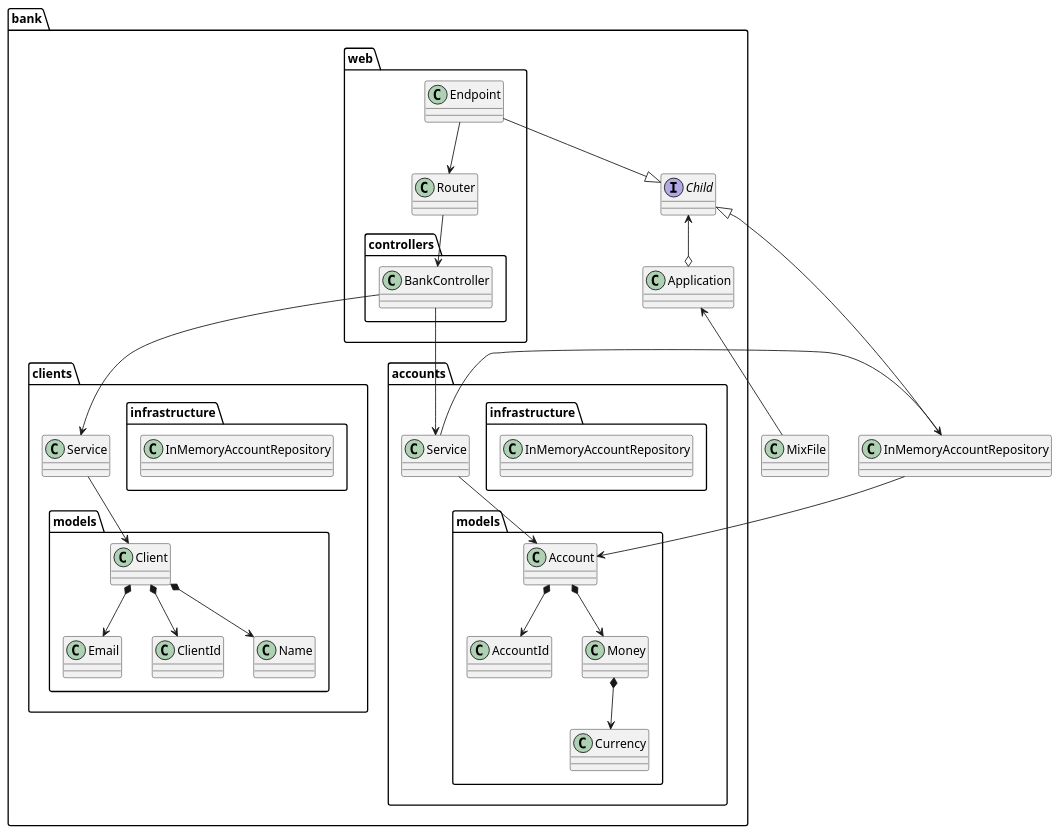
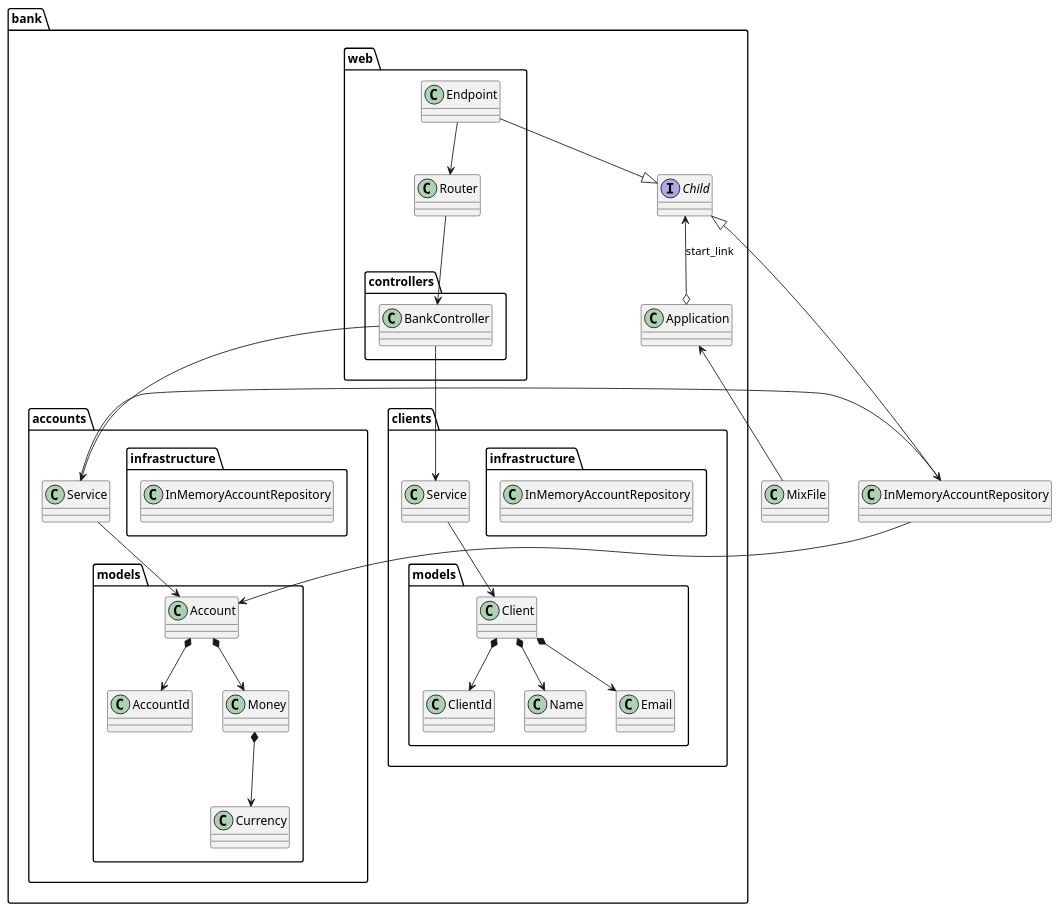
Before and after one commit to fraylopez/bank-elixir: the diagram in docs/src/architecture.puml, drawn with PlantUML. The commit also changed 1 other file, not shown here.

Commit message:
docs: update diagram

```diff
--- a/docs/src/architecture.puml
+++ b/docs/src/architecture.puml
@@ -1,73 +1,73 @@
 @startuml Architecture
 
 class MixFile
 
 package bank {
   class Application
   interface Child
 
   package bank.accounts {
     class AccountsService as "Service"
 
     package bank.accounts.models as "models" {
       class Account
       class AccountId
       class Money
       class Currency
     }
 
     package infrastructure {
       class InMemoryAccountRepository
     }
   }
   package bank.clients {
     class ClientsService as "Service"
 
     package bank.clients.models as "models" {
       class Client
       class Email
       class ClientId
       class Name
     }
 
     package infrastructure {
       class InMemoryAccountRepository
     }
   }
 }
 
 package bank.web {
   class Endpoint
   class Router
   package bank.web.controllers as "controllers" {
     class BankController
   }
 }
 
 MixFile -up-> Application
-Application o-up-> Child
+Application o-up-> Child : start_link
 Endpoint --|> Child
 InMemoryAccountRepository --|> Child
 
 
 Endpoint --> Router
 Router --> BankController
 BankController --> AccountsService
 BankController --> ClientsService
 
 
 AccountsService --> InMemoryAccountRepository
 InMemoryAccountRepository --> Account
 AccountsService --> Account
 Account *--> AccountId
 Account *--> Money
 Money *--> Currency
 
 ClientsService --> Client
 Client *--> ClientId
 Client *--> Name
 Client *--> Email
 
 
 
 @enduml
```
